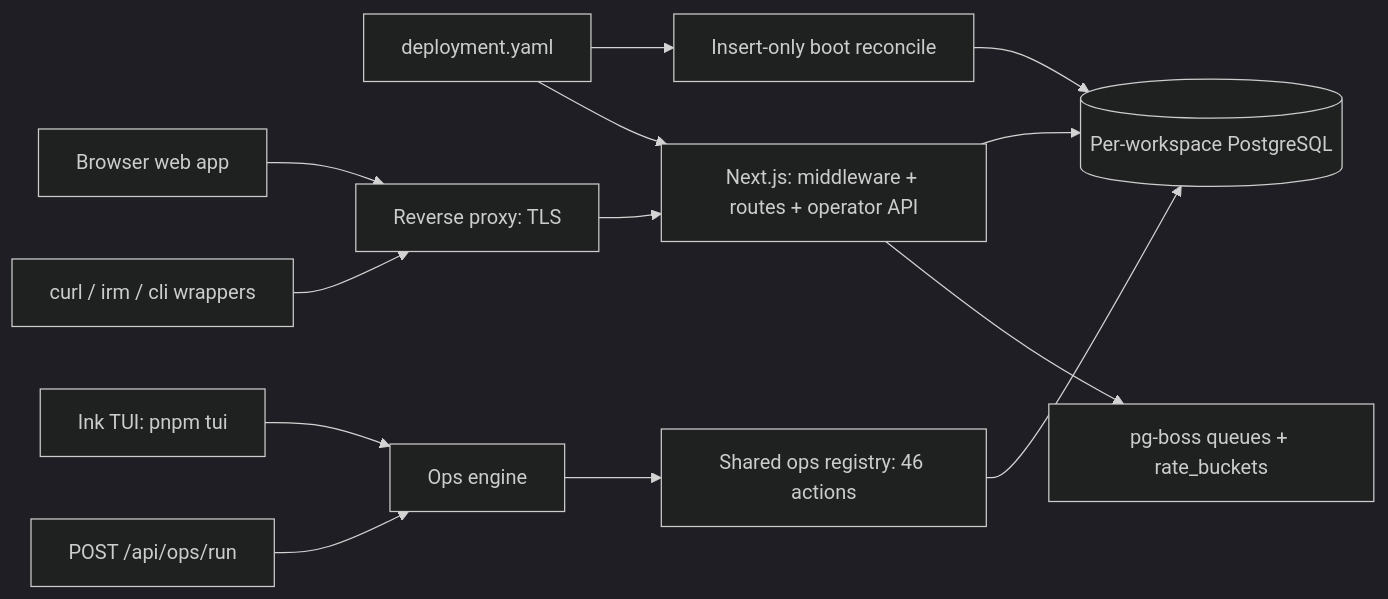
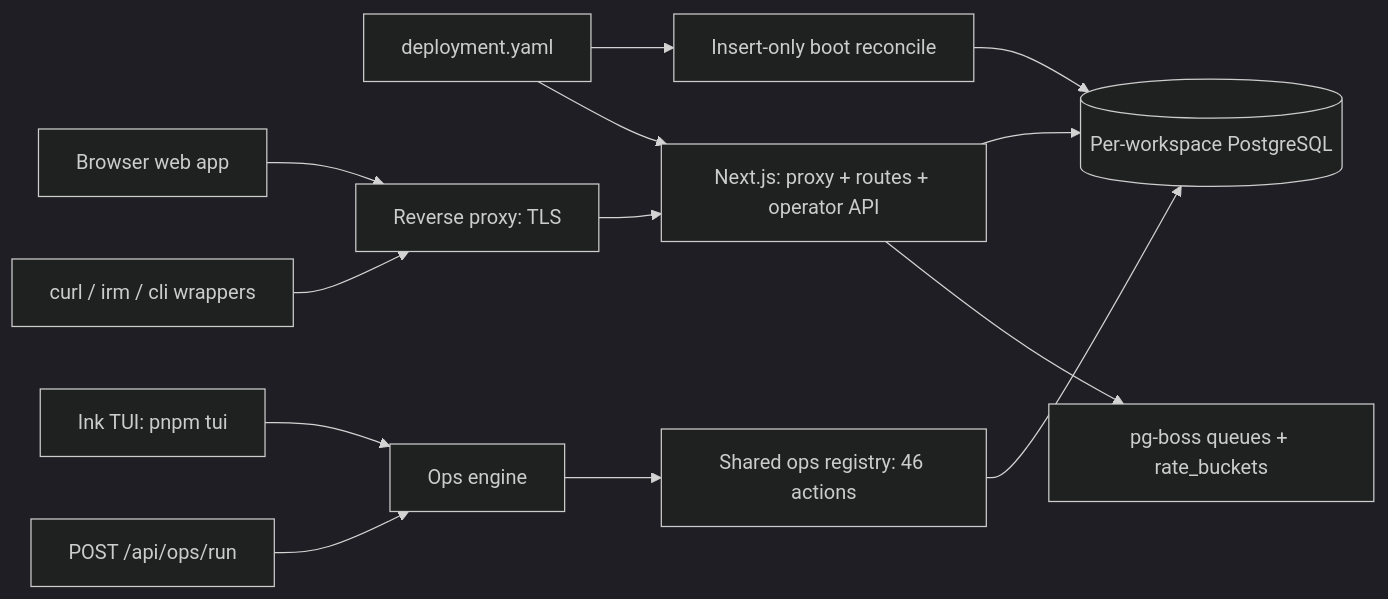
The diagram in README.md (YGMssMGY/General-Portal), drawn with Mermaid (dark theme) before and after one commit. The commit also changed other lines of this file and 4 other files, not shown here.

````diff
--- a/README.md
+++ b/README.md
@@ -25,15 +25,15 @@
 ```mermaid
 flowchart LR
     YAML[deployment.yaml] --> Reconcile[Insert-only boot reconcile]
     Reconcile --> DB[(Per-workspace PostgreSQL)]
     Browser[Browser web app] --> Proxy[Reverse proxy: TLS]
     Client[curl / irm / cli wrappers] --> Proxy
-    Proxy --> Node[Next.js: middleware + routes + operator API]
+    Proxy --> Node[Next.js: proxy + routes + operator API]
     Node --> DB
     Node --> Boss[pg-boss queues + rate_buckets]
     TUI[Ink TUI: pnpm tui] --> Engine[Ops engine]
     OpsAPI[POST /api/ops/run] --> Engine
     Engine --> Registry[Shared ops registry: 46 actions]
     Registry --> DB
     YAML --> Node
 ```
````
